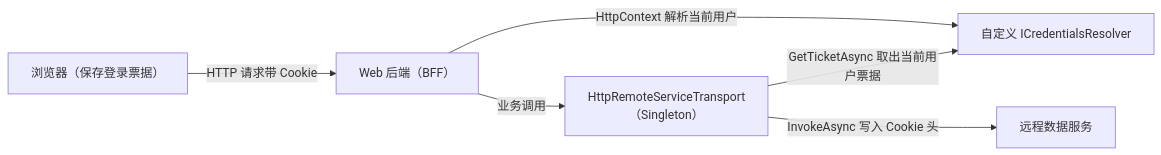
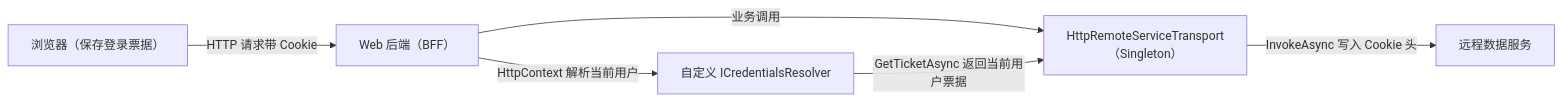
Before and after one commit to danjiewu/LiteOrm: the third of 3 diagrams in docs/03-advanced-topics/09-remote-service.md, drawn with Mermaid. The commit also changed 4 other files, not shown here.

````diff
--- a/docs/03-advanced-topics/09-remote-service.md
+++ b/docs/03-advanced-topics/09-remote-service.md
@@ -578,8 +578,8 @@
 ```mermaid
 graph LR
     Browser["浏览器（保存登录票据）"] -->|HTTP 请求带 Cookie| Web["Web 后端（BFF）"]
     Web -->|HttpContext 解析当前用户| Resolver["自定义 ICredentialsResolver"]
     Web -->|业务调用| Transport["HttpRemoteServiceTransport（Singleton）"]
-    Transport -->|GetTicketAsync 取出当前用户票据| Resolver
+    Resolver -->|GetTicketAsync 返回当前用户票据| Transport
     Transport -->|InvokeAsync 写入 Cookie 头| Remote["远程数据服务"]
 ```
````
